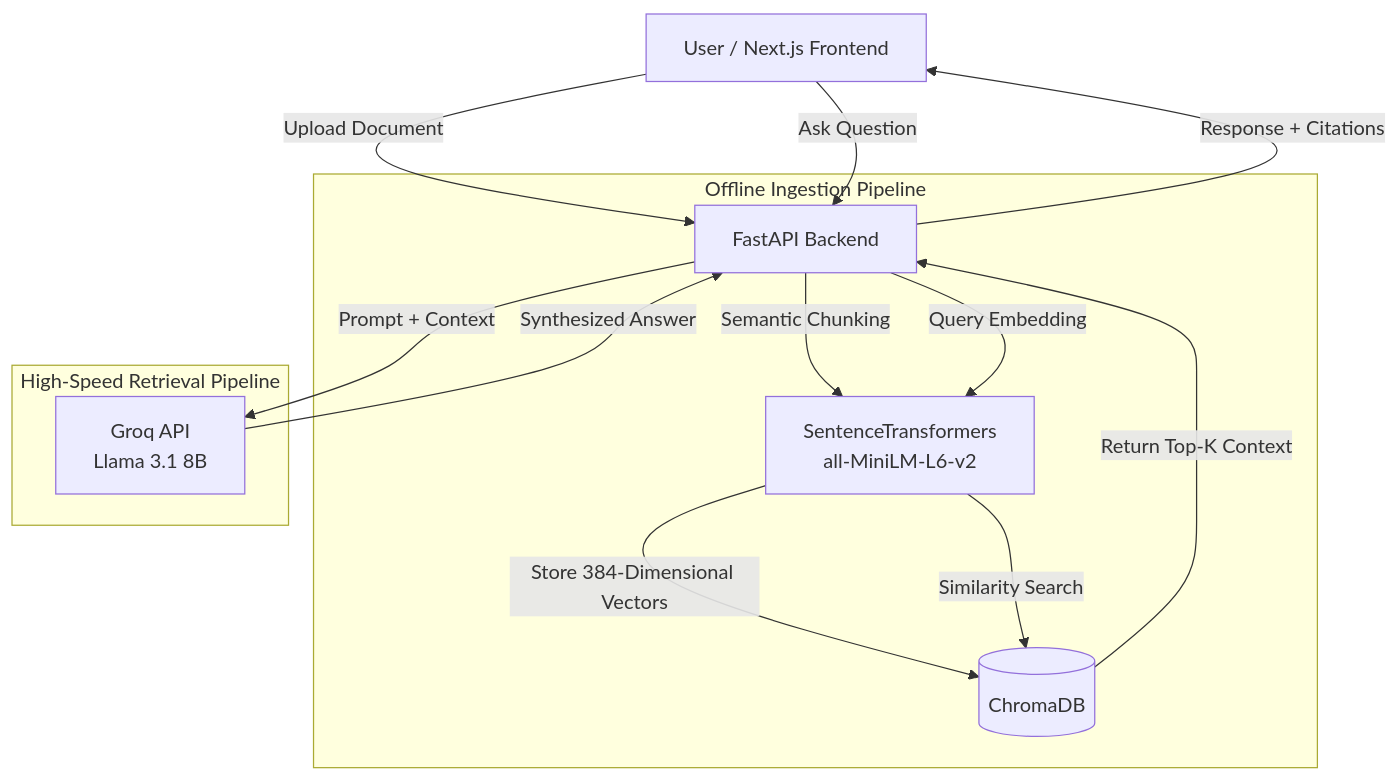
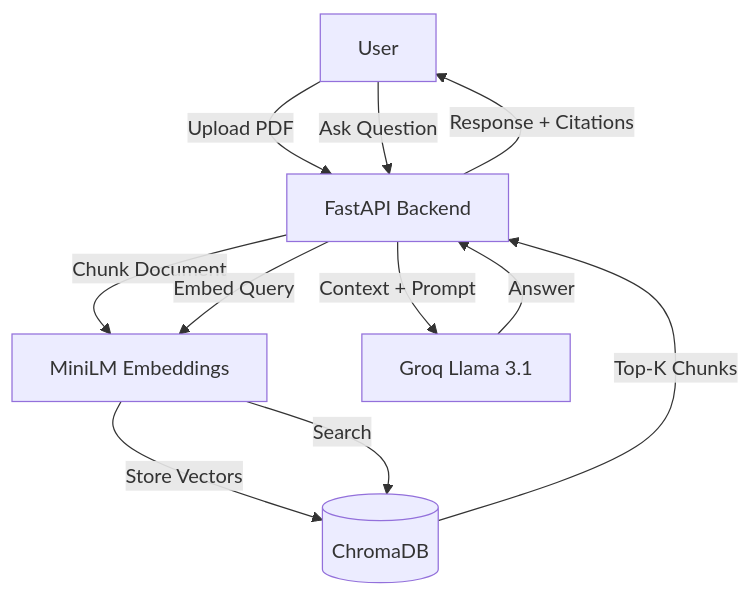
The diagram in README.md (Anushka-Sharma-tech/rag-intelligence-system), drawn with Mermaid before and after one commit.

Commit message:
Changes to readme

````diff
--- a/README.md
+++ b/README.md
@@ -28,21 +27,28 @@
 ```mermaid
-graph TD
+flowchart TB
 
-    A["User / Next.js Frontend"] -->|Upload Document| B["FastAPI Backend"]
+    A[User]
+
+    B[FastAPI Backend]
+
+    C[MiniLM Embeddings]
+
+    D[(ChromaDB)]
+
+    E[Groq Llama 3.1]
+
+    A -->|Upload PDF| B
     A -->|Ask Question| B
 
-    subgraph "Offline Ingestion Pipeline"
-        B -->|Semantic Chunking| C["SentenceTransformers<br/>all-MiniLM-L6-v2"]
-        C -->|Store 384-Dimensional Vectors| D[("ChromaDB")]
-    end
+    B -->|Chunk Document| C
+    C -->|Store Vectors| D
 
-    subgraph "High-Speed Retrieval Pipeline"
-        B -->|Query Embedding| C
-        C -->|Similarity Search| D
-        D -->|Return Top-K Context| B
-        B -->|Prompt + Context| E["Groq API<br/>Llama 3.1 8B"]
-        E -->|Synthesized Answer| B
-    end
+    B -->|Embed Query| C
+    C -->|Search| D
+    D -->|Top-K Chunks| B
+
+    B -->|Context + Prompt| E
+    E -->|Answer| B
 
     B -->|Response + Citations| A
 ```
````
